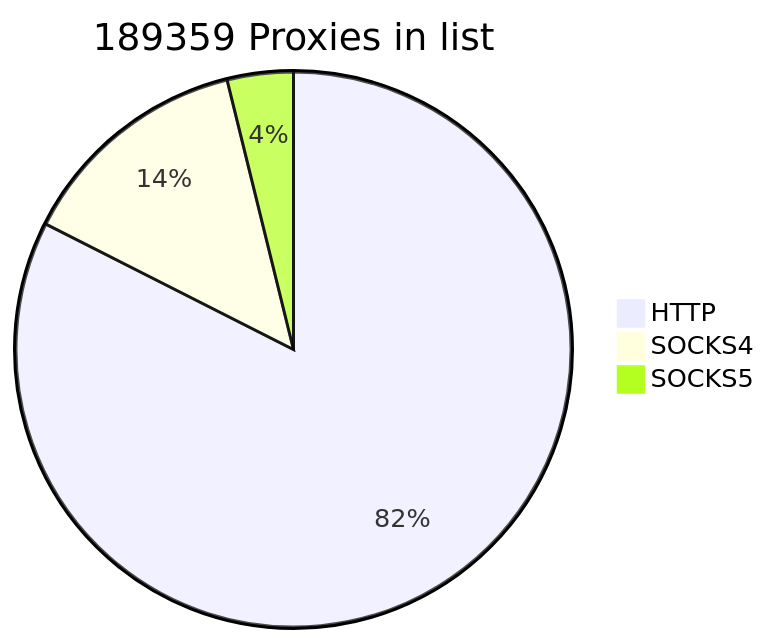
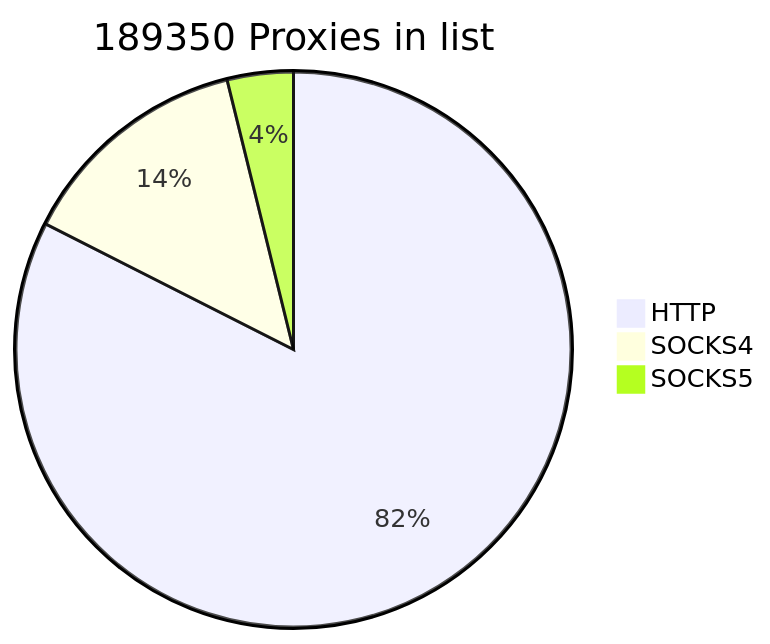
Before and after one commit to cutipu/proxylist: the first of 2 diagrams in README.md, drawn with Mermaid. The commit also changed other lines of this file, not shown here.

````diff
--- a/README.md
+++ b/README.md
@@ -2,7 +2,7 @@
 ```mermaid
-pie title 189359 Proxies in list
-    "HTTP" : 156149
-    "SOCKS4" : 25932
-    "SOCKS5" : 7278
+pie title 189350 Proxies in list
+    "HTTP" : 156145
+    "SOCKS4" : 25928
+    "SOCKS5" : 7277
             
 ```
````
